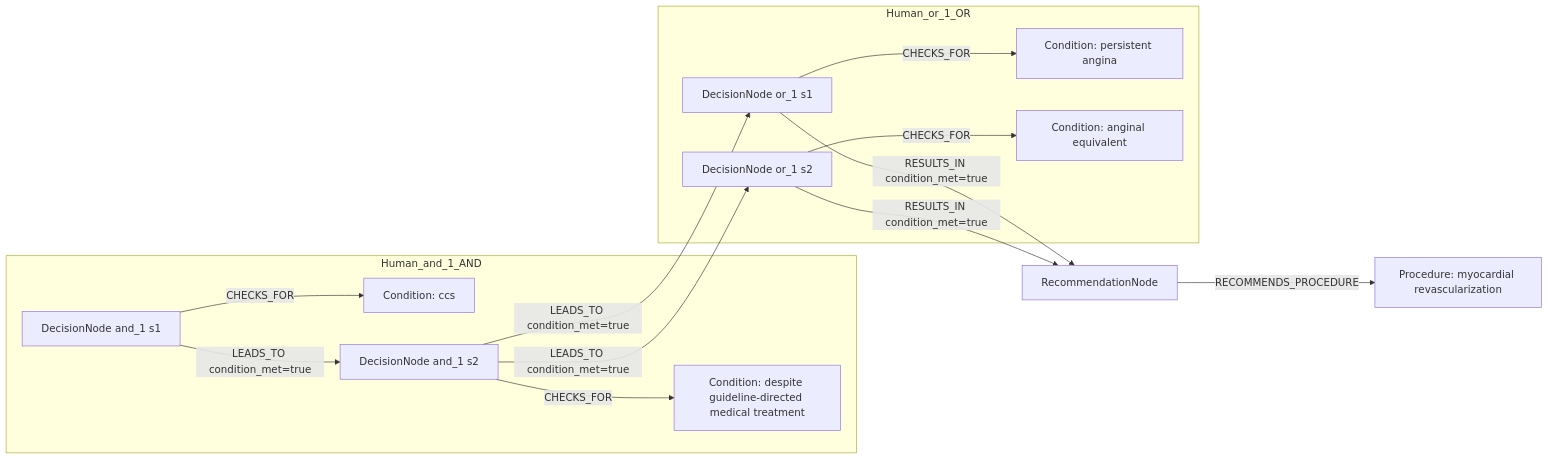
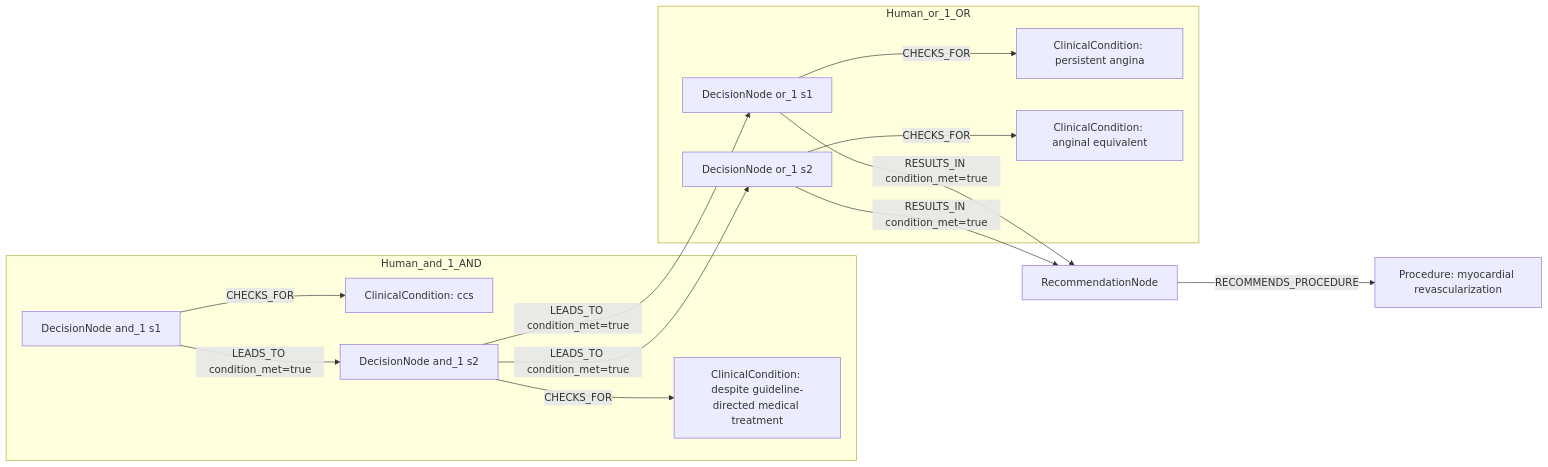
Before and after one commit to dieterich-lab/CardioGuidelinesGraph: the first of 2 diagrams in docs/table22_rows_comparison/row_12.md, drawn with Mermaid. The commit also changed other lines of this file and 20 other files, not shown here.

````diff
--- a/docs/table22_rows_comparison/row_12.md
+++ b/docs/table22_rows_comparison/row_12.md
@@ -228,27 +207,27 @@
 ```mermaid
 graph LR
   REC[RecommendationNode]
   ACT1[Procedure: myocardial revascularization]
   REC -->|RECOMMENDS_PROCEDURE| ACT1
   subgraph Human_and_1_AND
     D_and_1_1[DecisionNode and_1 s1]
-    C_and_1_1[Condition: ccs]
+    C_and_1_1[ClinicalCondition: ccs]
     D_and_1_1 -->|CHECKS_FOR| C_and_1_1
     D_and_1_2[DecisionNode and_1 s2]
-    C_and_1_2[Condition: despite guideline-directed medical treatment]
+    C_and_1_2[ClinicalCondition: despite guideline-directed medical treatment]
     D_and_1_2 -->|CHECKS_FOR| C_and_1_2
     D_and_1_1 -->|LEADS_TO condition_met=true| D_and_1_2
   end
   subgraph Human_or_1_OR
     D_or_1_1[DecisionNode or_1 s1]
-    C_or_1_1[Condition: persistent angina]
+    C_or_1_1[ClinicalCondition: persistent angina]
     D_or_1_1 -->|CHECKS_FOR| C_or_1_1
     D_or_1_2[DecisionNode or_1 s2]
-    C_or_1_2[Condition: anginal equivalent]
+    C_or_1_2[ClinicalCondition: anginal equivalent]
     D_or_1_2 -->|CHECKS_FOR| C_or_1_2
     D_and_1_2 -->|LEADS_TO condition_met=true| D_or_1_1
     D_and_1_2 -->|LEADS_TO condition_met=true| D_or_1_2
   end
   D_or_1_1 -->|RESULTS_IN condition_met=true| REC
   D_or_1_2 -->|RESULTS_IN condition_met=true| REC
 ```
````
